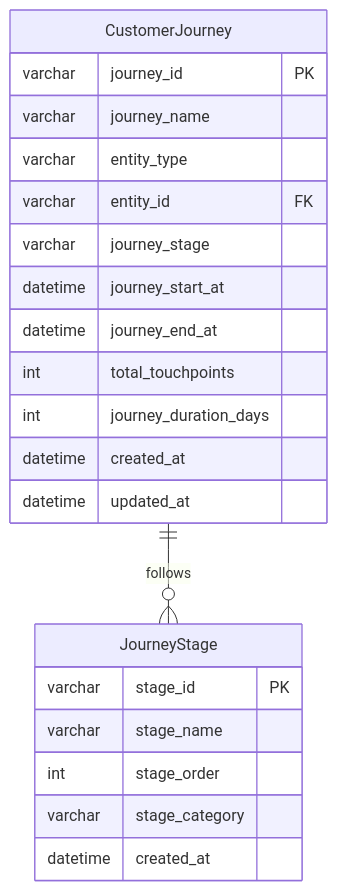
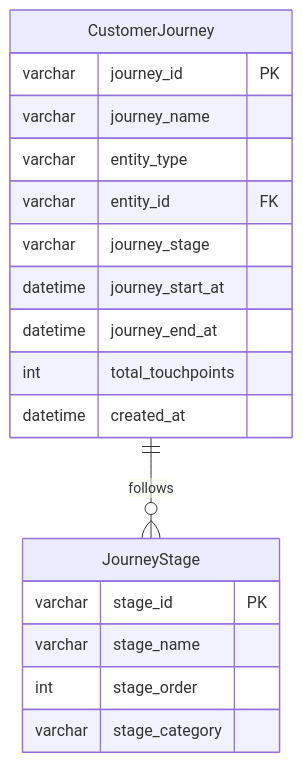
One commit to 312268112/advanced-java changed diagram 17 of 25 in docs/b2b-cdp-entity-design.md. Above: the diagram before and after it, drawn with Mermaid. The commit also changed other lines of this file, not shown here.

````diff
--- a/docs/b2b-cdp-entity-design.md
+++ b/docs/b2b-cdp-entity-design.md
@@ -811,26 +655,23 @@
 ```mermaid
 erDiagram
     CustomerJourney ||--o{ JourneyStage : follows
     
     CustomerJourney {
         varchar journey_id PK
         varchar journey_name
         varchar entity_type
         varchar entity_id FK
         varchar journey_stage
         datetime journey_start_at
         datetime journey_end_at
         int total_touchpoints
-        int journey_duration_days
         datetime created_at
-        datetime updated_at
     }
     
     JourneyStage {
         varchar stage_id PK
         varchar stage_name
         int stage_order
         varchar stage_category
-        datetime created_at
     }
 ```
````
